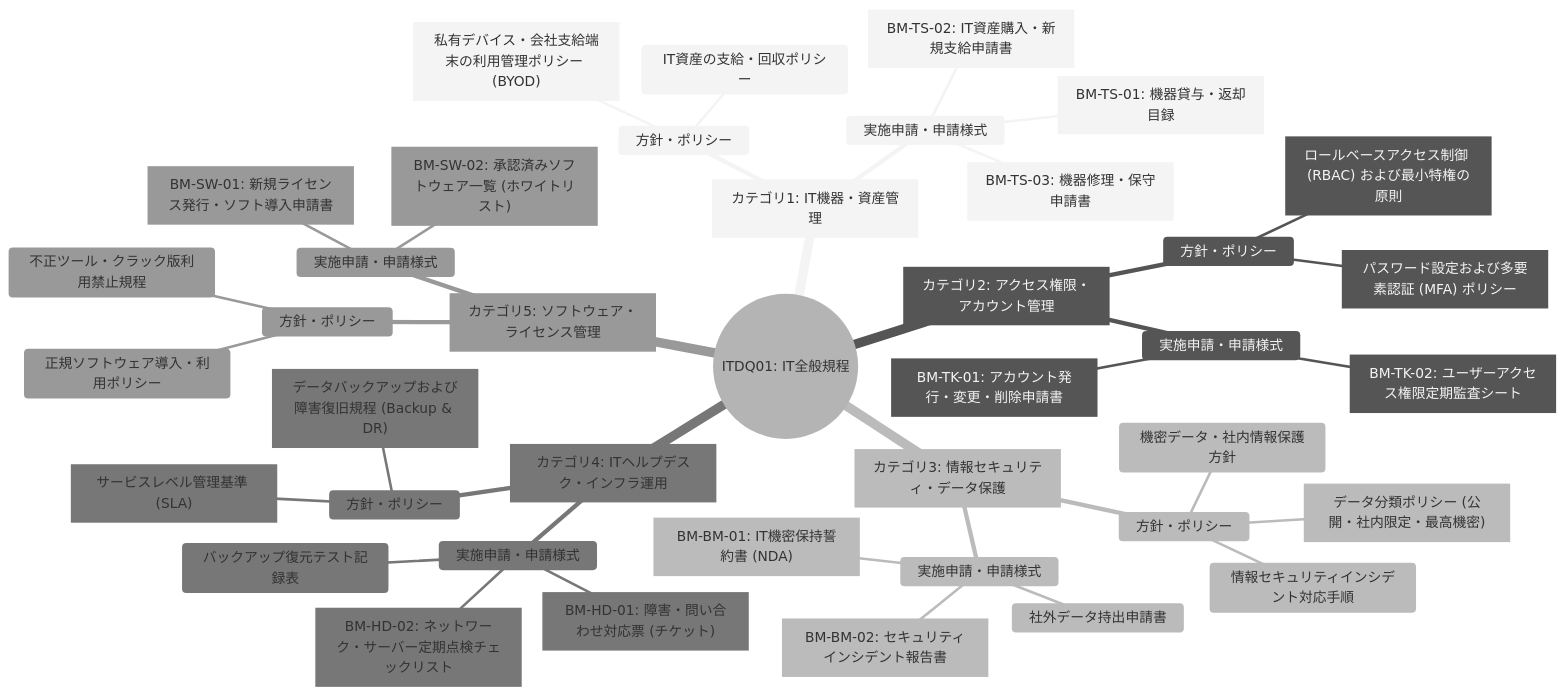
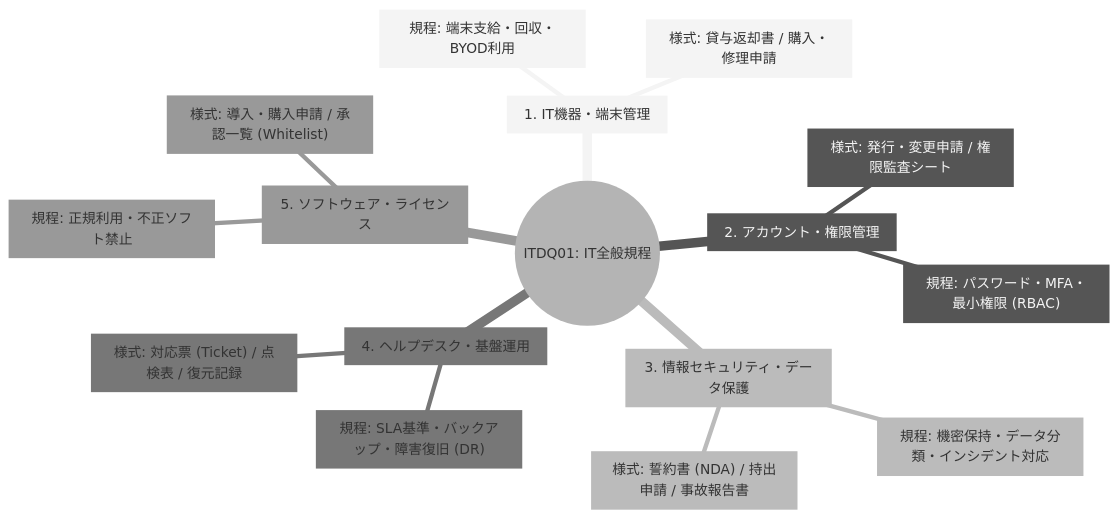
The diagram in ịtp.md (Nang0559/MermaidDiagram), drawn with Mermaid (neutral theme) before and after one commit.

````diff
--- a/ịtp.md
+++ b/ịtp.md
@@ -1,47 +1,19 @@
 ```mermaid
 mindmap
   root((ITDQ01: IT全般規程))
-    ["カテゴリ1: IT機器・資産管理"]
-      方針・ポリシー
-        IT資産の支給・回収ポリシー
-        ["私有デバイス・会社支給端末の利用管理ポリシー (BYOD)"]
-      実施申請・申請様式
-        ["BM-TS-01: 機器貸与・返却目録"]
-        ["BM-TS-02: IT資産購入・新規支給申請書"]
-        ["BM-TS-03: 機器修理・保守申請書"]
-
-    ["カテゴリ2: アクセス権限・アカウント管理"]
-      方針・ポリシー
-        ["パスワード設定および多要素認証 (MFA) ポリシー"]
-        ["ロールベースアクセス制御 (RBAC) および最小特権の原則"]
-      実施申請・申請様式
-        ["BM-TK-01: アカウント発行・変更・削除申請書"]
-        ["BM-TK-02: ユーザーアクセス権限定期監査シート"]
-
-    ["カテゴリ3: 情報セキュリティ・データ保護"]
-      方針・ポリシー
-        機密データ・社内情報保護方針
-        ["データ分類ポリシー (公開・社内限定・最高機密)"]
-        情報セキュリティインシデント対応手順
-      実施申請・申請様式
-        ["BM-BM-01: IT機密保持誓約書 (NDA)"]
-        ["BM-BM-02: セキュリティインシデント報告書"]
-        社外データ持出申請書
-
-    ["カテゴリ4: ITヘルプデスク・インフラ運用"]
-      方針・ポリシー
-        ["サービスレベル管理基準 (SLA)"]
-        ["データバックアップおよび障害復旧規程 (Backup & DR)"]
-      実施申請・申請様式
-        ["BM-HD-01: 障害・問い合わせ対応票 (チケット)"]
-        ["BM-HD-02: ネットワーク・サーバー定期点検チェックリスト"]
-        バックアップ復元テスト記録表
-
-    ["カテゴリ5: ソフトウェア・ライセンス管理"]
-      方針・ポリシー
-        正規ソフトウェア導入・利用ポリシー
-        不正ツール・クラック版利用禁止規程
-      実施申請・申請様式
-        ["BM-SW-01: 新規ライセンス発行・ソフト導入申請書"]
-        ["BM-SW-02: 承認済みソフトウェア一覧 (ホワイトリスト)"]
+    ["1. IT機器・端末管理"]
+      ["規程: 端末支給・回収・BYOD利用"]
+      ["様式: 貸与返却書 / 購入・修理申請"]
+    ["2. アカウント・権限管理"]
+      ["規程: パスワード・MFA・最小権限 (RBAC)"]
+      ["様式: 発行・変更申請 / 権限監査シート"]
+    ["3. 情報セキュリティ・データ保護"]
+      ["規程: 機密保持・データ分類・インシデント対応"]
+      ["様式: 誓約書 (NDA) / 持出申請 / 事故報告書"]
+    ["4. ヘルプデスク・基盤運用"]
+      ["規程: SLA基準・バックアップ・障害復旧 (DR)"]
+      ["様式: 対応票 (Ticket) / 点検表 / 復元記録"]
+    ["5. ソフトウェア・ライセンス"]
+      ["規程: 正規利用・不正ソフト禁止"]
+      ["様式: 導入・購入申請 / 承認一覧 (Whitelist)"]
 ```
````
